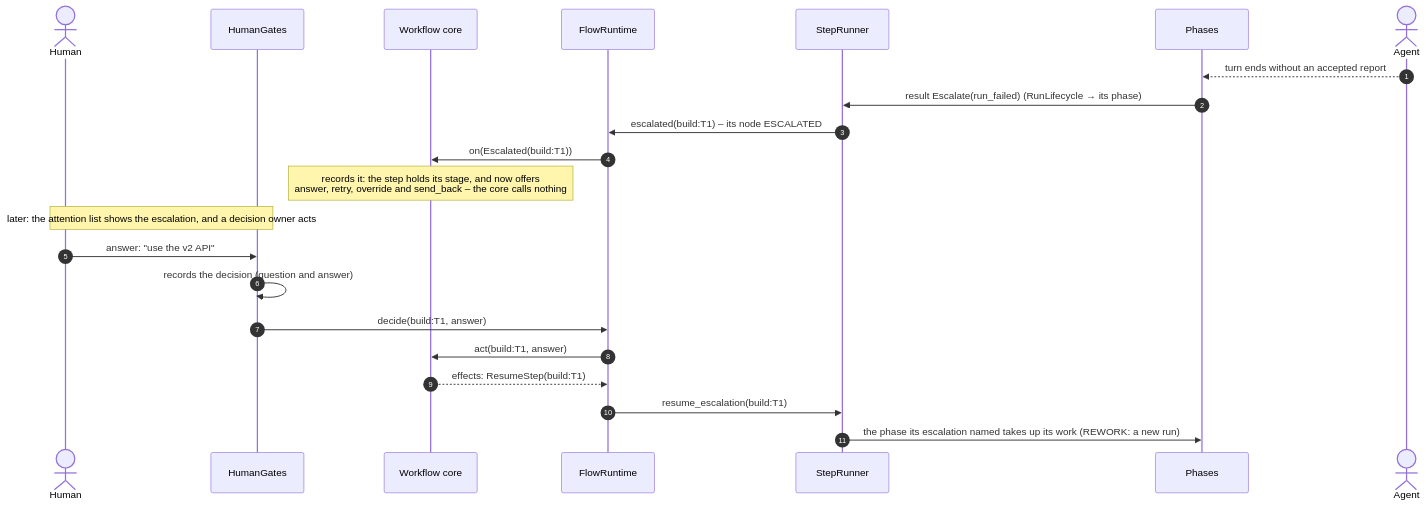
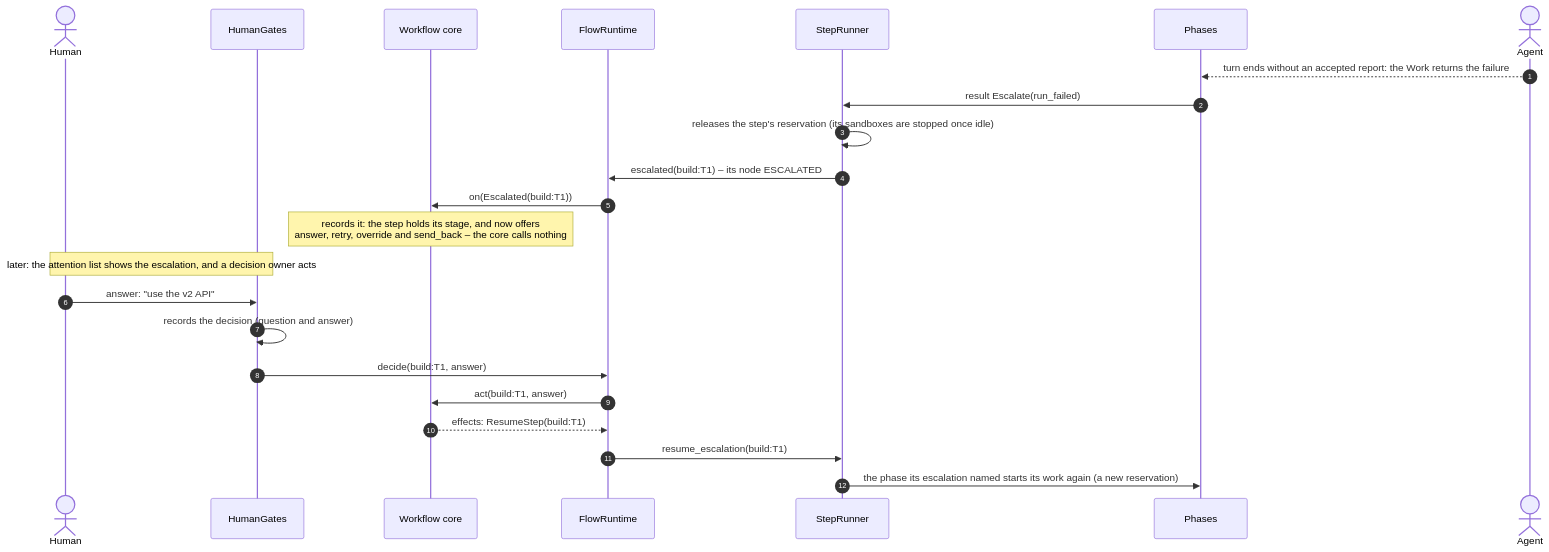
Before and after one commit to mr-miles/orchestrator: the third of 6 diagrams in docs/architecture.md, drawn with Mermaid. The commit also changed other lines of this file and 6 other files, not shown here.

First line of the commit message:
A waiting step holds no slot; docs for work, the dispatcher and reservations

````diff
--- a/docs/architecture.md
+++ b/docs/architecture.md
@@ -164,25 +169,26 @@
 ```mermaid
 sequenceDiagram
     autonumber
     actor Human
     participant HG as HumanGates
     participant Core as Workflow core
     participant RT as FlowRuntime
     participant SR as StepRunner
     participant Ph as Phases
     actor Agent
 
-    Agent-->>Ph: turn ends without an accepted report
-    Ph->>SR: result Escalate(run_failed) (RunLifecycle → its phase)
+    Agent-->>Ph: turn ends without an accepted report: the Work returns the failure
+    Ph->>SR: result Escalate(run_failed)
+    SR->>SR: releases the step's reservation (its sandboxes are stopped once idle)
     SR->>RT: escalated(build:T1) – its node ESCALATED
     RT->>Core: on(Escalated(build:T1))
     Note over Core: records it: the step holds its stage, and now offers<br/>answer, retry, override and send_back – the core calls nothing
     Note over Human,HG: later: the attention list shows the escalation, and a decision owner acts
     Human->>HG: answer: "use the v2 API"
     HG->>HG: records the decision (question and answer)
     HG->>RT: decide(build:T1, answer)
     RT->>Core: act(build:T1, answer)
     Core-->>RT: effects: ResumeStep(build:T1)
     RT->>SR: resume_escalation(build:T1)
-    SR->>Ph: the phase its escalation named takes up its work (REWORK: a new run)
+    SR->>Ph: the phase its escalation named starts its work again (a new reservation)
 ```
````
